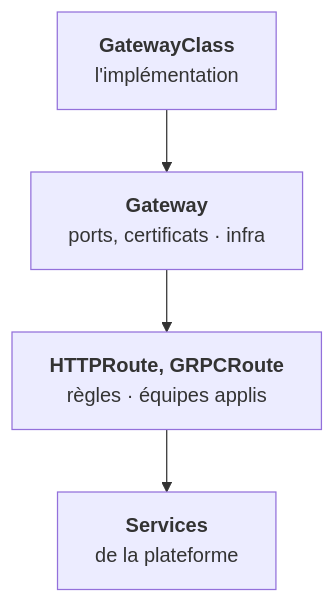
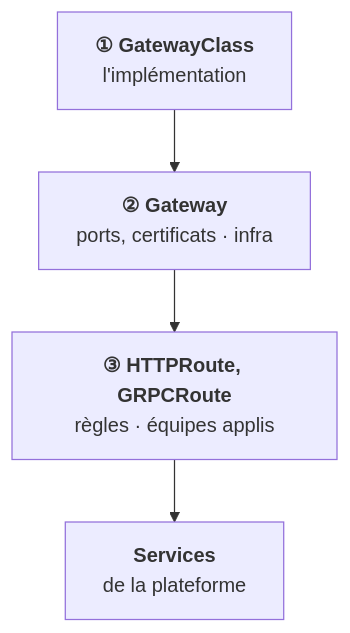
Before and after one commit to valhugnat1/cours-kube: the first of 2 diagrams in src/content/lecons/04-reseau/07-gateway-api.mdx, drawn with Mermaid. The commit also changed other lines of this file and 22 other files, not shown here.

````diff
--- a/src/content/lecons/04-reseau/07-gateway-api.mdx
+++ b/src/content/lecons/04-reseau/07-gateway-api.mdx
@@ -39,9 +47,9 @@
 ```mermaid
 flowchart TD
   %% scene: L'implémentation :: La `GatewayClass` dit quel logiciel fait le travail : Cilium, Envoy Gateway, celle de GKE… :: GC
   %% scene: L'entrée, côté infra :: La `Gateway` déclare un point d'entrée, ses ports et ses certificats. L'équipe infra la gère. :: GC>GW, GW
   %% scene: Les routes, côté applis :: Les `HTTPRoute` et `GRPCRoute` portent les règles de routage. C'est ce que ton chart livre. :: GW>HR, HR, HR>S, S
-  GC["<b>GatewayClass</b><br/>l'implémentation"] --> GW["<b>Gateway</b><br/>ports, certificats · infra"]
-  GW --> HR["<b>HTTPRoute, GRPCRoute</b><br/>règles · équipes applis"]
-  HR --> S["<b>Services</b><br/>de la plateforme"]
+  GC["<b>① GatewayClass</b><br/>l'implémentation"]:::moteur --> GW["<b>② Gateway</b><br/>ports, certificats · infra"]:::regle
+  GW --> HR["<b>③ HTTPRoute, GRPCRoute</b><br/>règles · équipes applis"]:::regle
+  HR --> S["<b>Services</b><br/>de la plateforme"]:::cible
 ```
````
